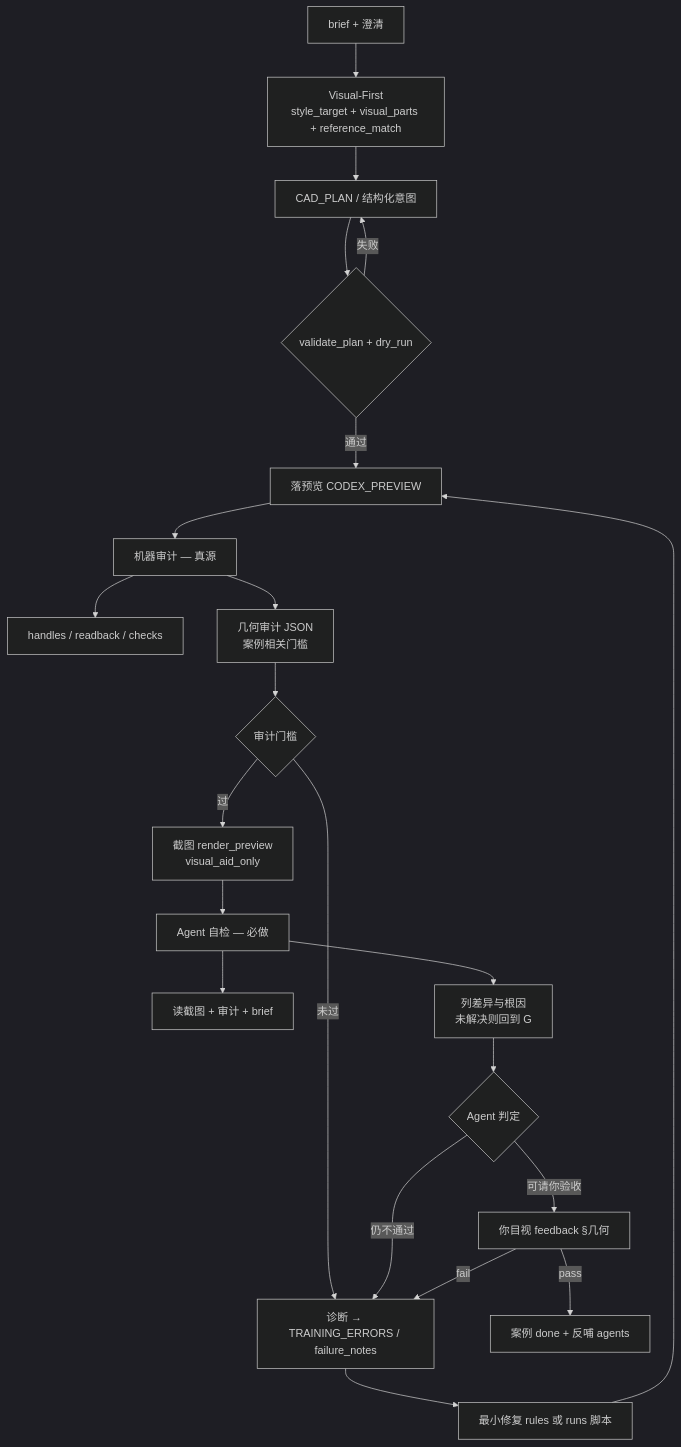
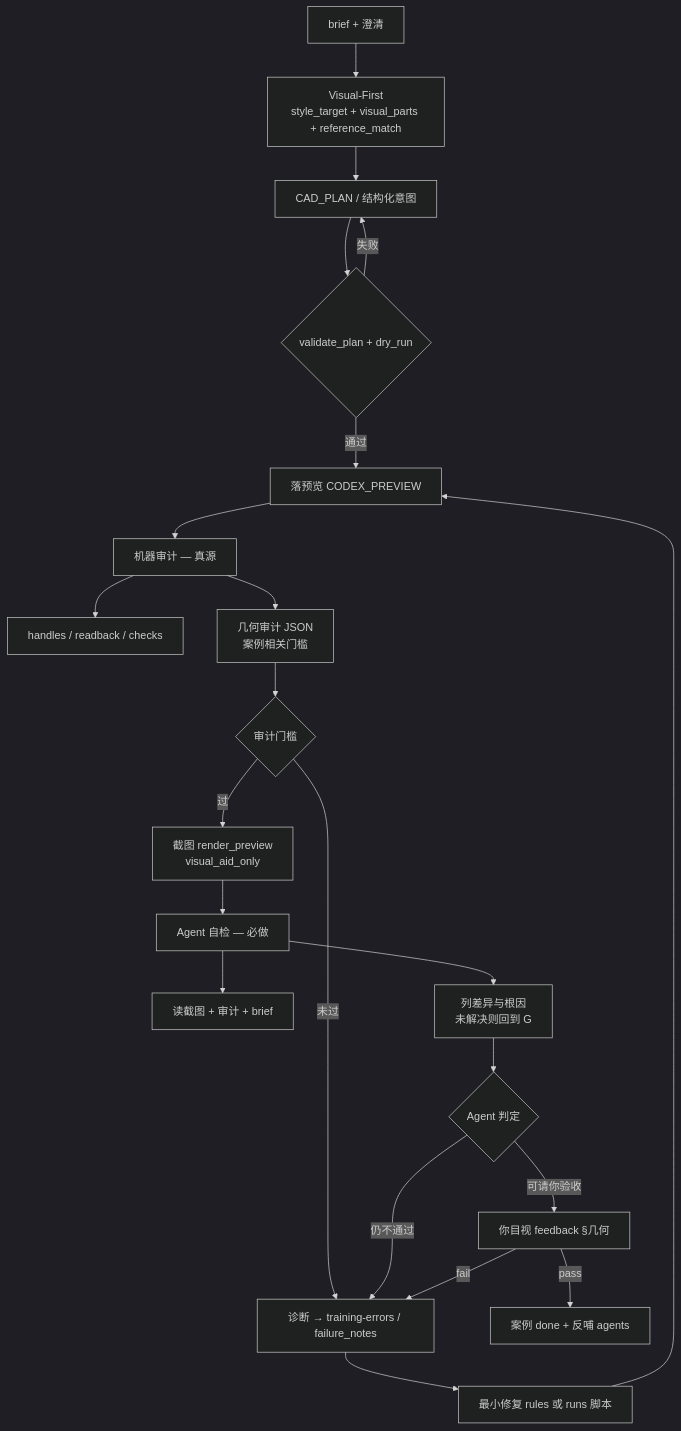
Before and after one commit to Feini2002/CAD-AGENT: the diagram in docs/training/README.md, drawn with Mermaid (dark theme). The commit also changed other lines of this file and 139 other files, not shown here.

Commit message:
Update CAD agent architecture

````diff
--- a/docs/training/README.md
+++ b/docs/training/README.md
@@ -102,24 +112,24 @@
 ```mermaid
 flowchart TD
     A[brief + 澄清] --> A1[Visual-First<br/>style_target + visual_parts + reference_match]
     A1 --> B[CAD_PLAN / 结构化意图]
     B --> C{validate_plan + dry_run}
     C -->|失败| B
     C -->|通过| D[落预览 CODEX_PREVIEW]
     D --> E[机器审计 — 真源]
     E --> E1[handles / readback / checks]
     E --> E2[几何审计 JSON<br/>案例相关门槛]
     E2 --> F{审计门槛}
-    F -->|未过| G[诊断 → TRAINING_ERRORS / failure_notes]
+    F -->|未过| G[诊断 → training-errors / failure_notes]
     G --> H[最小修复 rules 或 runs 脚本]
     H --> D
     F -->|过| I[截图 render_preview<br/>visual_aid_only]
     I --> J[Agent 自检 — 必做]
     J --> J1[读截图 + 审计 + brief]
     J --> J2[列差异与根因<br/>未解决则回到 G]
     J2 --> K{Agent 判定}
     K -->|仍不通过| G
     K -->|可请你验收| L[你目视 feedback §几何]
     L -->|pass| M[案例 done + 反哺 agents]
     L -->|fail| G
 ```
````
